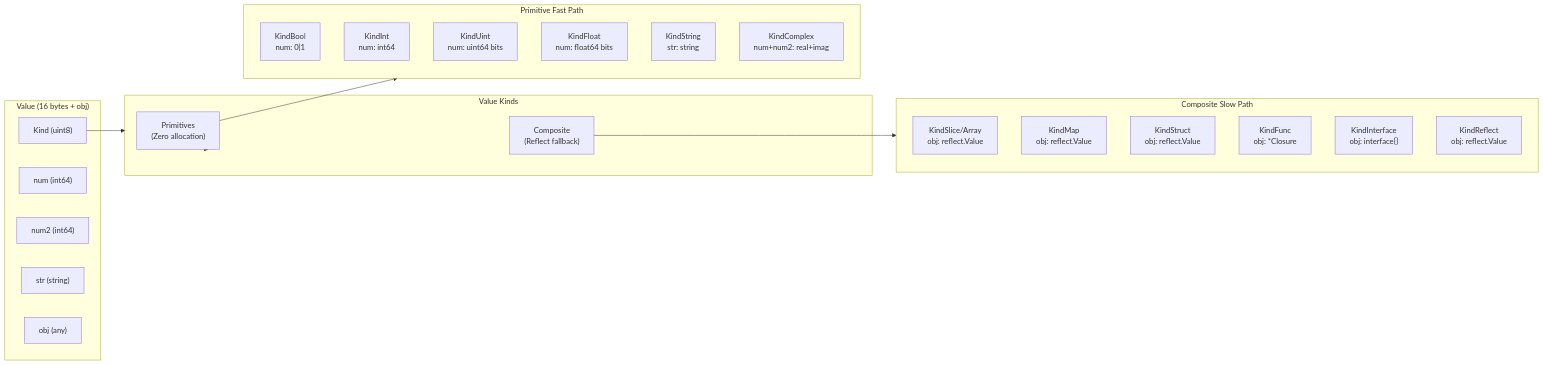
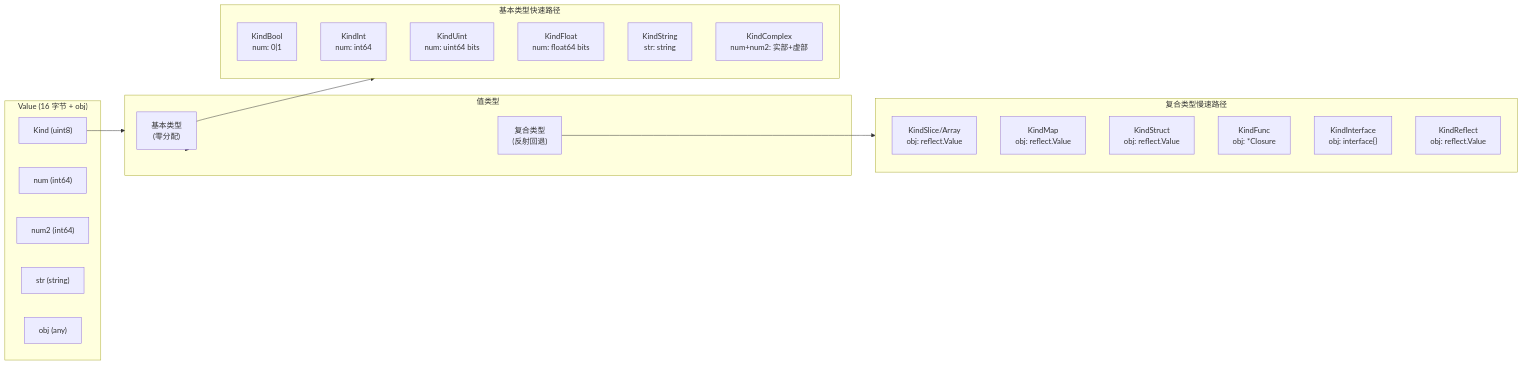
Before and after one commit to t04dJ14n9/gig: the sixth of 7 diagrams in README.md, drawn with Mermaid. The commit also changed other lines of this file and 130 other files, not shown here.

````diff
--- a/README.md
+++ b/README.md
@@ -613,39 +613,39 @@
 ```mermaid
 flowchart LR
-    subgraph Value["Value (16 bytes + obj)"]
+    subgraph Value["Value (16 字节 + obj)"]
         KIND["Kind (uint8)"]
         NUM["num (int64)"]
         NUM2["num2 (int64)"]
         STR["str (string)"]
         OBJ["obj (any)"]
     end
     
-    subgraph Kinds["Value Kinds"]
-        PRIM["Primitives<br/>(Zero allocation)"]
-        COMP["Composite<br/>(Reflect fallback)"]
+    subgraph Kinds["值类型"]
+        PRIM["基本类型<br/>(零分配)"]
+        COMP["复合类型<br/>(反射回退)"]
     end
     
-    subgraph Primitives["Primitive Fast Path"]
+    subgraph Primitives["基本类型快速路径"]
         BOOL["KindBool<br/>num: 0|1"]
         INT["KindInt<br/>num: int64"]
         UINT["KindUint<br/>num: uint64 bits"]
         FLOAT["KindFloat<br/>num: float64 bits"]
         STRV["KindString<br/>str: string"]
-        CPLX["KindComplex<br/>num+num2: real+imag"]
+        CPLX["KindComplex<br/>num+num2: 实部+虚部"]
     end
     
-    subgraph Composite["Composite Slow Path"]
+    subgraph Composite["复合类型慢速路径"]
         SLICE["KindSlice/Array<br/>obj: reflect.Value"]
         MAP["KindMap<br/>obj: reflect.Value"]
         STRUCT["KindStruct<br/>obj: reflect.Value"]
         FUNC["KindFunc<br/>obj: *Closure"]
         IFACE["KindInterface<br/>obj: interface{}"]
         REFLECT["KindReflect<br/>obj: reflect.Value"]
     end
     
     KIND --> Kinds
     Kinds --> PRIM
     Kinds --> COMP
     PRIM --> Primitives
     COMP --> Composite
 ```
````
